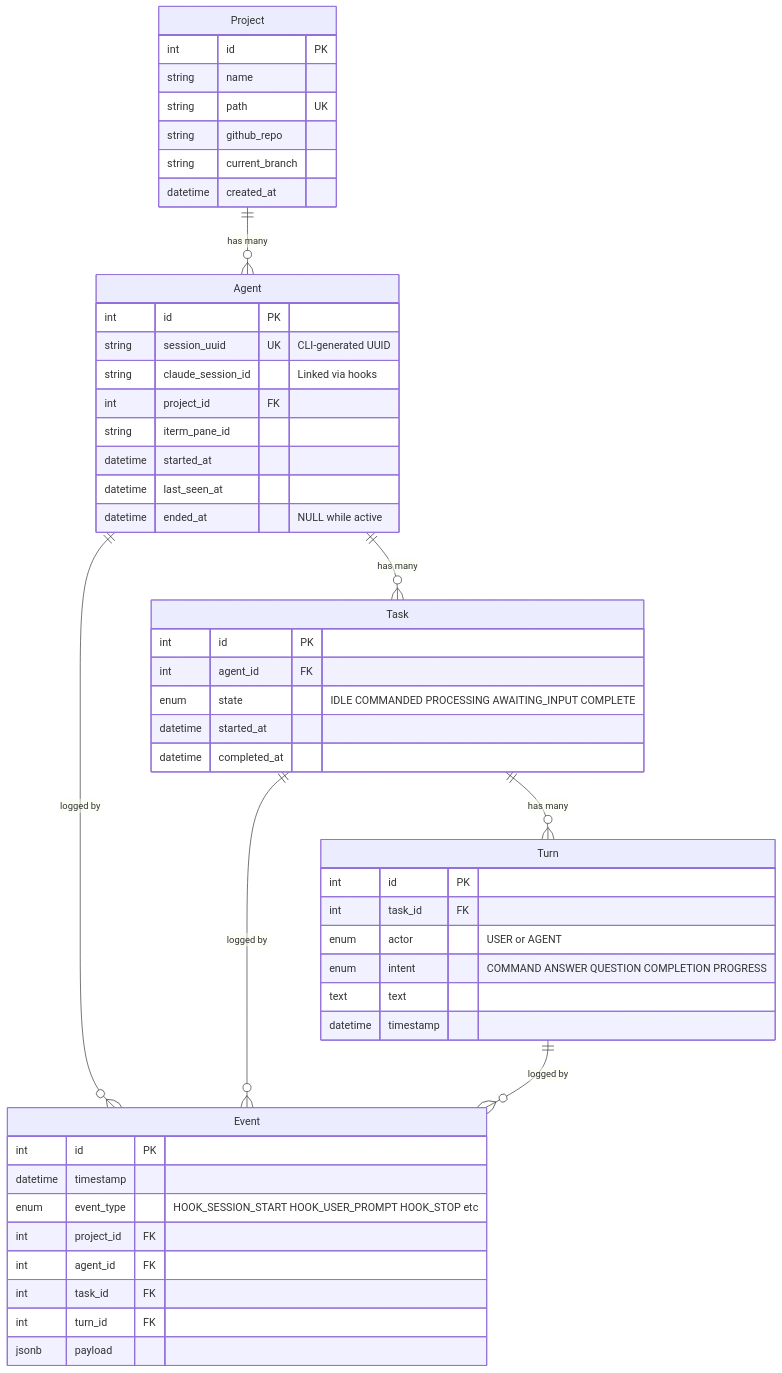
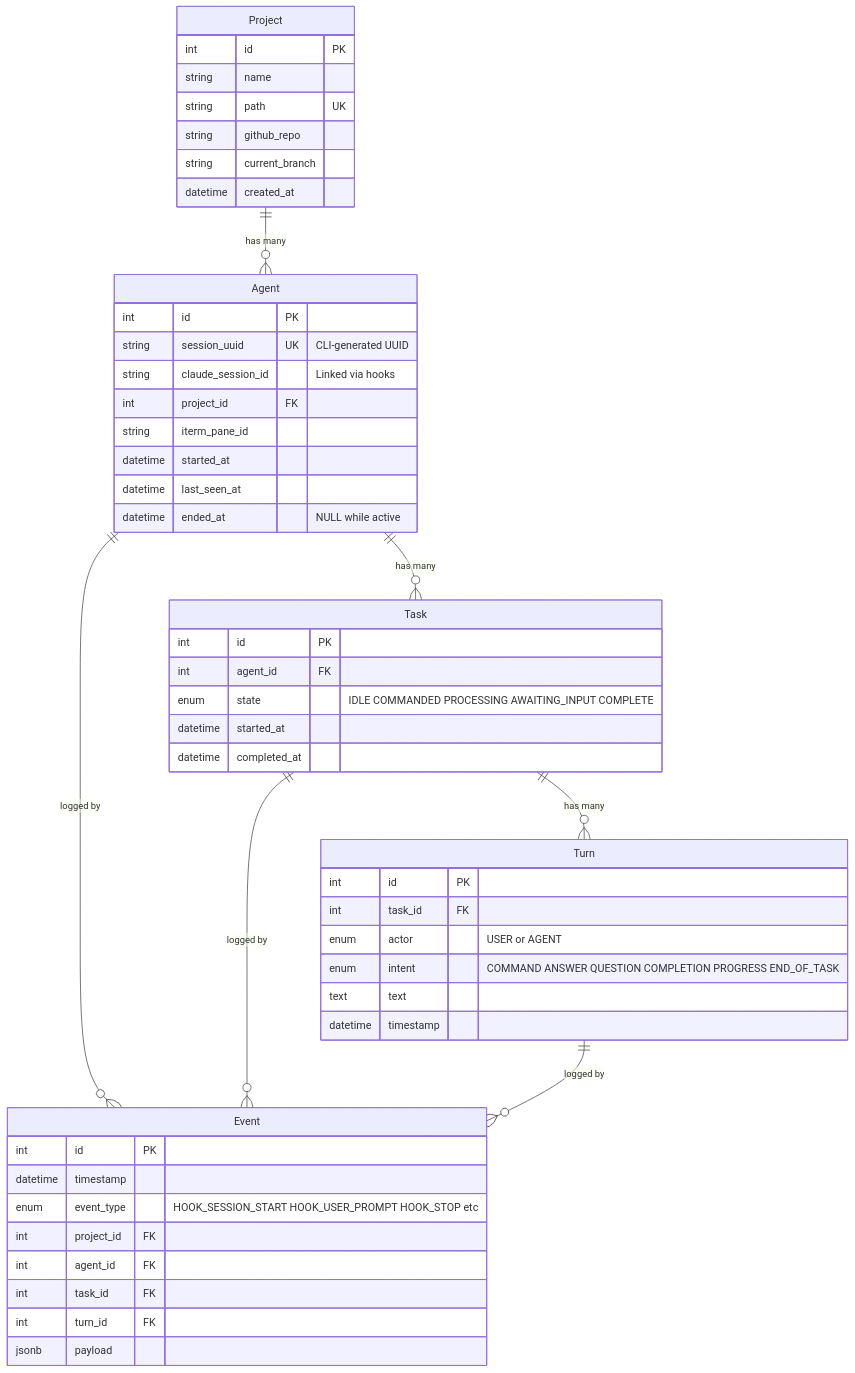
One commit to samotage/claude-headspace changed the second of 4 diagrams in docs/diagrams/full-cycle-sequence-diagram.md. Above: the diagram before and after it, drawn with Mermaid. The commit also changed other lines of this file and 8 other files, not shown here.

````diff
--- a/docs/diagrams/full-cycle-sequence-diagram.md
+++ b/docs/diagrams/full-cycle-sequence-diagram.md
@@ -126,57 +154,57 @@
 ```mermaid
 erDiagram
     Project ||--o{ Agent : "has many"
     Agent ||--o{ Task : "has many"
     Task ||--o{ Turn : "has many"
     Agent ||--o{ Event : "logged by"
     Task ||--o{ Event : "logged by"
     Turn ||--o{ Event : "logged by"
 
     Project {
         int id PK
         string name
         string path UK
         string github_repo
         string current_branch
         datetime created_at
     }
 
     Agent {
         int id PK
         string session_uuid UK "CLI-generated UUID"
         string claude_session_id "Linked via hooks"
         int project_id FK
         string iterm_pane_id
         datetime started_at
         datetime last_seen_at
         datetime ended_at "NULL while active"
     }
 
     Task {
         int id PK
         int agent_id FK
         enum state "IDLE COMMANDED PROCESSING AWAITING_INPUT COMPLETE"
         datetime started_at
         datetime completed_at
     }
 
     Turn {
         int id PK
         int task_id FK
         enum actor "USER or AGENT"
-        enum intent "COMMAND ANSWER QUESTION COMPLETION PROGRESS"
+        enum intent "COMMAND ANSWER QUESTION COMPLETION PROGRESS END_OF_TASK"
         text text
         datetime timestamp
     }
 
     Event {
         int id PK
         datetime timestamp
         enum event_type "HOOK_SESSION_START HOOK_USER_PROMPT HOOK_STOP etc"
         int project_id FK
         int agent_id FK
         int task_id FK
         int turn_id FK
         jsonb payload
     }
 ```
````
